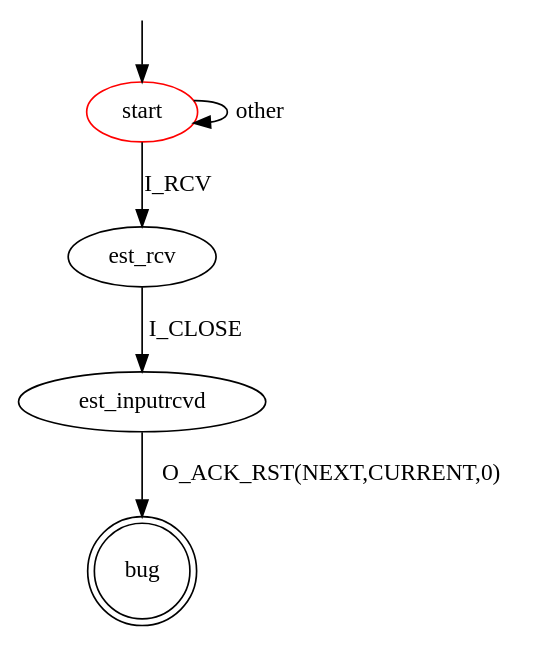
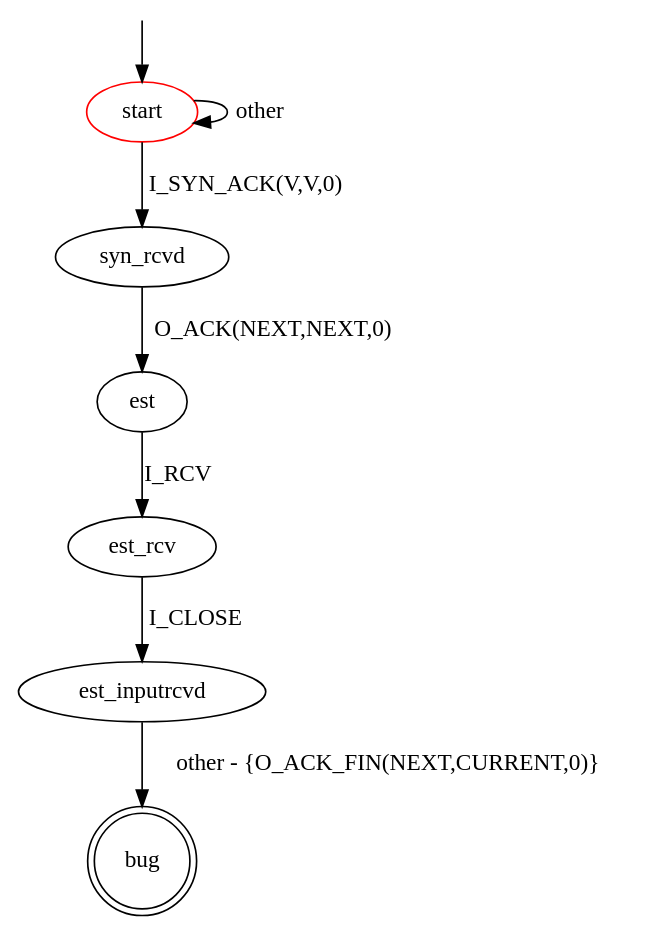
The diagram in src/main/resources/patterns/tcp/client/unexpected_rst.dot (assist-project/state-machine-bug-finder), drawn with Graphviz before and after one commit. The commit also changed 5 other files, not shown here.

Commit message:
update upexpected_rst bug pattern

```diff
--- a/src/main/resources/patterns/tcp/client/unexpected_rst.dot
+++ b/src/main/resources/patterns/tcp/client/unexpected_rst.dot
@@ -1,13 +1,18 @@
 digraph G {
 label=""
 start [color="red"]
 bug [shape="doublecircle"]
 
-start -> est_rcv [label="I_RCV"]
 start -> start [label="other"]
+start -> syn_rcvd [label="I_SYN_ACK(V,V,0)"]
+
+syn_rcvd -> est [label = "O_ACK(NEXT,NEXT,0)"]
+
+est -> est_rcv [label="I_RCV"]
+
 est_rcv -> est_inputrcvd [label="I_CLOSE"]
-est_inputrcvd -> bug [label="O_ACK_RST(NEXT,CURRENT,0)"]
+est_inputrcvd -> bug [label="other - {O_ACK_FIN(NEXT,CURRENT,0)}"]
 
 __start0 [label="" shape="none" width="0" height="0"];
 __start0 -> start;
 }
```
